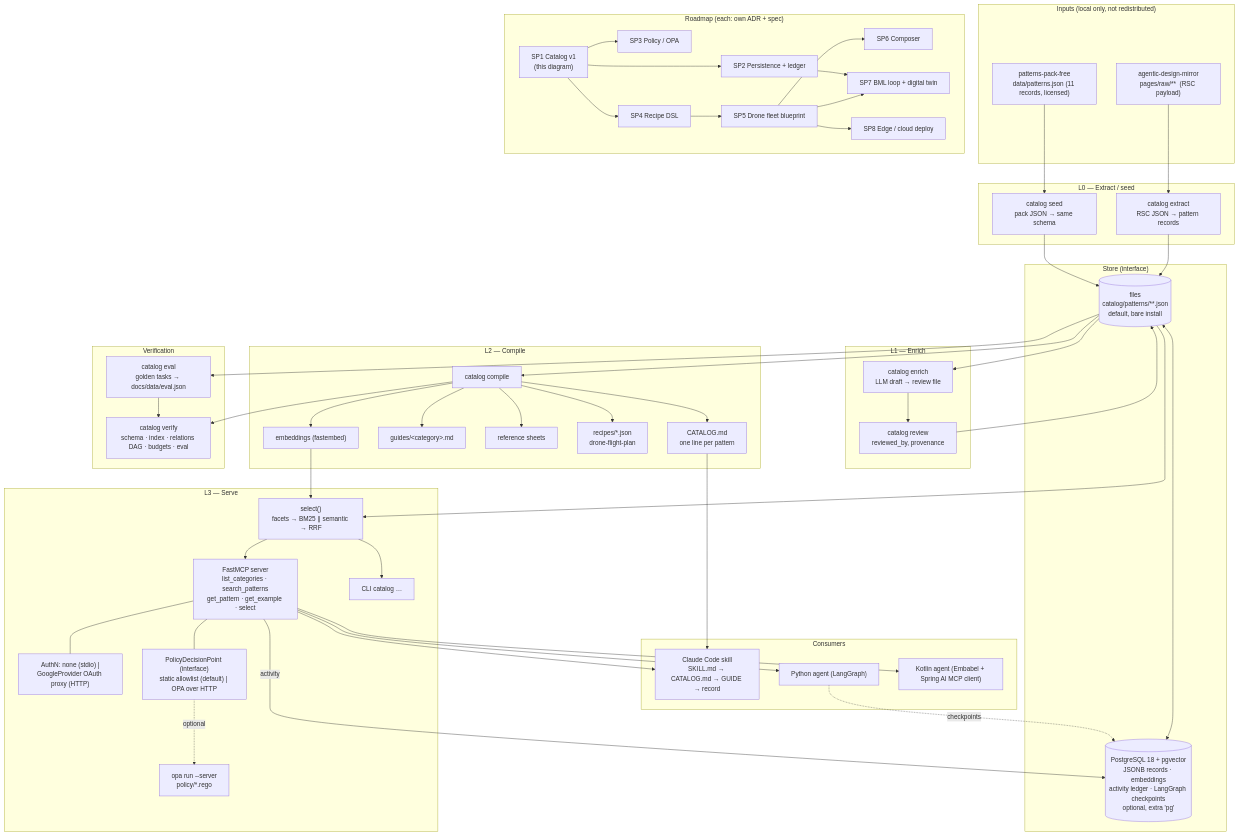
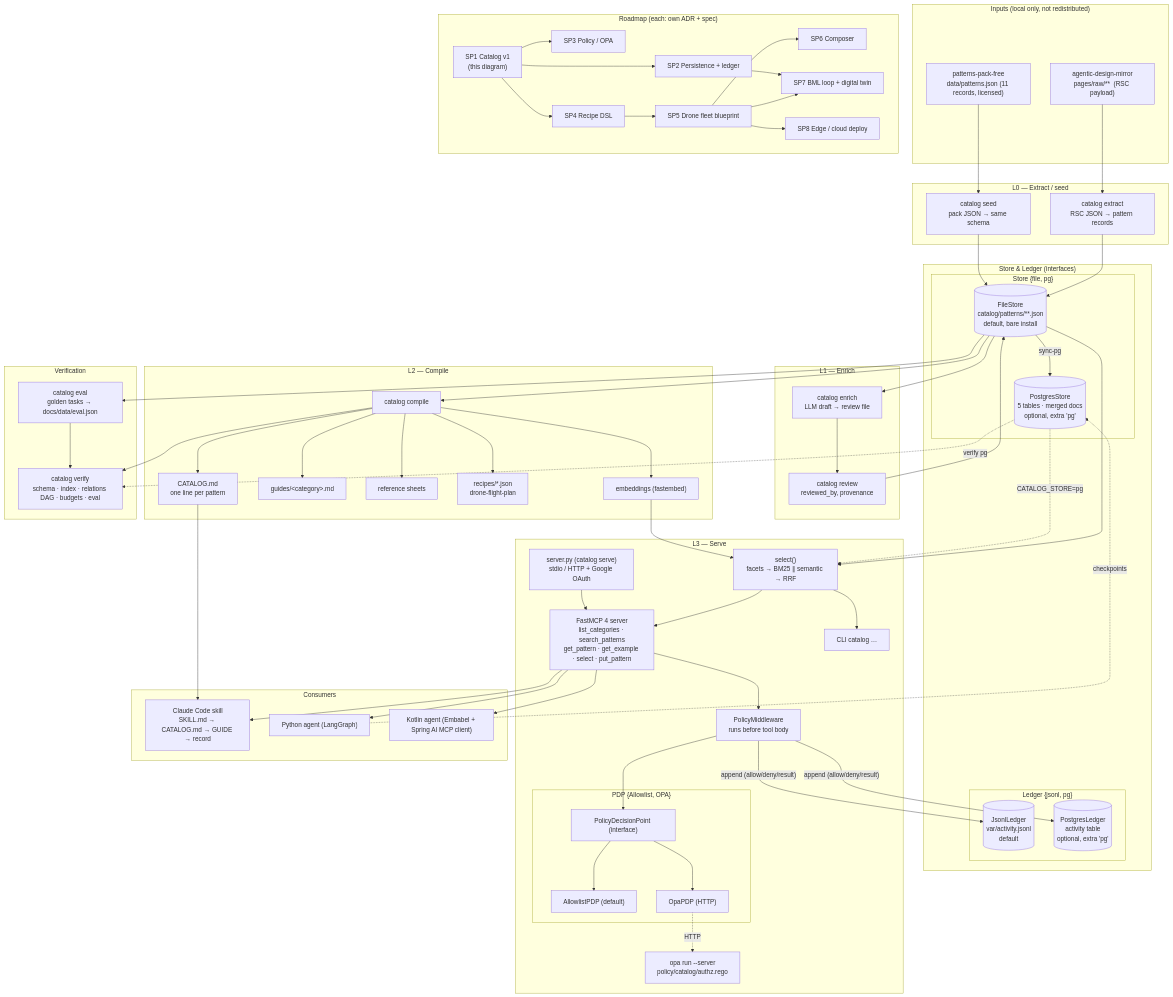
Before and after one commit to cdevarenne/agentic-patterns-catalog: the diagram in docs/architecture.mmd, drawn with Mermaid. The commit also changed 3 other files, not shown here.

First line of the commit message:
Record Plan C in the spec, ADR-0005 and the architecture diagram

```diff
--- a/docs/architecture.mmd
+++ b/docs/architecture.mmd
@@ -1,82 +1,97 @@
 %% Agentic Patterns Catalog — component architecture (SP1) and sub-project roadmap.
 %% Source of truth for this diagram: docs/superpowers/specs/2026-09-12-agentic-patterns-catalog-design.md
 flowchart TB
   subgraph inputs["Inputs (local only, not redistributed)"]
     mirror["agentic-design-mirror<br/>pages/raw/**  (RSC payload)"]
     pack["patterns-pack-free<br/>data/patterns.json (11 records, licensed)"]
   end
 
   subgraph l0["L0 — Extract / seed"]
     extract["catalog extract<br/>RSC JSON → pattern records"]
     seed["catalog seed<br/>pack JSON → same schema"]
   end
 
-  subgraph store["Store (interface)"]
-    files[("files<br/>catalog/patterns/**.json<br/>default, bare install")]
-    pg[("PostgreSQL 18 + pgvector<br/>JSONB records · embeddings<br/>activity ledger · LangGraph checkpoints<br/>optional, extra 'pg'")]
+  subgraph store["Store &amp; Ledger (interfaces)"]
+    subgraph stores["Store {file, pg}"]
+      files[("FileStore<br/>catalog/patterns/**.json<br/>default, bare install")]
+      pg_store[("PostgresStore<br/>5 tables · merged docs<br/>optional, extra 'pg'")]
+    end
+    subgraph ledgers["Ledger {jsonl, pg}"]
+      jsonl_ledger[("JsonlLedger<br/>var/activity.jsonl<br/>default")]
+      pg_ledger[("PostgresLedger<br/>activity table<br/>optional, extra 'pg'")]
+    end
   end
 
   subgraph l1["L1 — Enrich"]
     enrich["catalog enrich<br/>LLM draft → review file"]
     review["catalog review<br/>reviewed_by, provenance"]
   end
 
   subgraph l2["L2 — Compile"]
     compile["catalog compile"]
     catmd["CATALOG.md<br/>one line per pattern"]
     guides["guides/&lt;category&gt;.md"]
     sheets["reference sheets"]
     recipes["recipes/*.json<br/>drone-flight-plan"]
     emb["embeddings (fastembed)"]
   end
 
   subgraph l3["L3 — Serve"]
     select["select()<br/>facets → BM25 ∥ semantic → RRF"]
-    mcp["FastMCP server<br/>list_categories · search_patterns<br/>get_pattern · get_example · select"]
+    server["server.py (catalog serve)<br/>stdio / HTTP + Google OAuth"]
+    mcp["FastMCP 4 server<br/>list_categories · search_patterns<br/>get_pattern · get_example · select · put_pattern"]
     cli["CLI  catalog …"]
-    authn["AuthN: none (stdio) |<br/>GoogleProvider OAuth proxy (HTTP)"]
-    pdp["PolicyDecisionPoint (interface)<br/>static allowlist (default) | OPA over HTTP"]
-    opa["opa run --server<br/>policy/*.rego"]
+    middleware["PolicyMiddleware<br/>runs before tool body"]
+    subgraph pdp_group["PDP {Allowlist, OPA}"]
+      pdp["PolicyDecisionPoint (interface)"]
+      allowlist["AllowlistPDP (default)"]
+      opa_pdp["OpaPDP (HTTP)"]
+    end
+    opa["opa run --server<br/>policy/catalog/authz.rego"]
   end
 
   subgraph consumers["Consumers"]
     skill["Claude Code skill<br/>SKILL.md → CATALOG.md → GUIDE → record"]
     py["Python agent (LangGraph)"]
     kt["Kotlin agent (Embabel + Spring AI MCP client)"]
   end
 
   subgraph verify["Verification"]
     eval["catalog eval<br/>golden tasks → docs/data/eval.json"]
     ver["catalog verify<br/>schema · index · relations DAG · budgets · eval"]
   end
 
   mirror --> extract --> files
   pack --> seed --> files
-  files <--> pg
+  files -- "sync-pg" --> pg_store
   files --> enrich --> review --> files
   files --> compile
   compile --> catmd & guides & sheets & recipes & emb
   files --> select
+  pg_store -. "CATALOG_STORE=pg" .-> select
   emb --> select
   select --> mcp
   select --> cli
-  mcp --- authn
-  mcp --- pdp
-  pdp -. optional .-> opa
-  mcp -- activity --> pg
+  server --> mcp
+  mcp --> middleware
+  middleware --> pdp
+  pdp --> allowlist & opa_pdp
+  opa_pdp -. "HTTP" .-> opa
+  middleware -- "append (allow/deny/result)" --> jsonl_ledger & pg_ledger
   mcp --> skill & py & kt
   catmd --> skill
-  py -. checkpoints .-> pg
+  py -. checkpoints .-> pg_store
   files --> eval --> ver
   compile --> ver
+  pg_store -. "verify pg" .-> ver
 
   subgraph roadmap["Roadmap (each: own ADR + spec)"]
     direction LR
     SP1["SP1 Catalog v1<br/>(this diagram)"] --> SP2["SP2 Persistence + ledger"]
     SP1 --> SP3["SP3 Policy / OPA"]
     SP1 --> SP4["SP4 Recipe DSL"]
     SP4 --> SP5["SP5 Drone fleet blueprint"]
     SP5 --> SP6["SP6 Composer"]
     SP2 & SP5 --> SP7["SP7 BML loop + digital twin"]
     SP5 --> SP8["SP8 Edge / cloud deploy"]
   end
```
